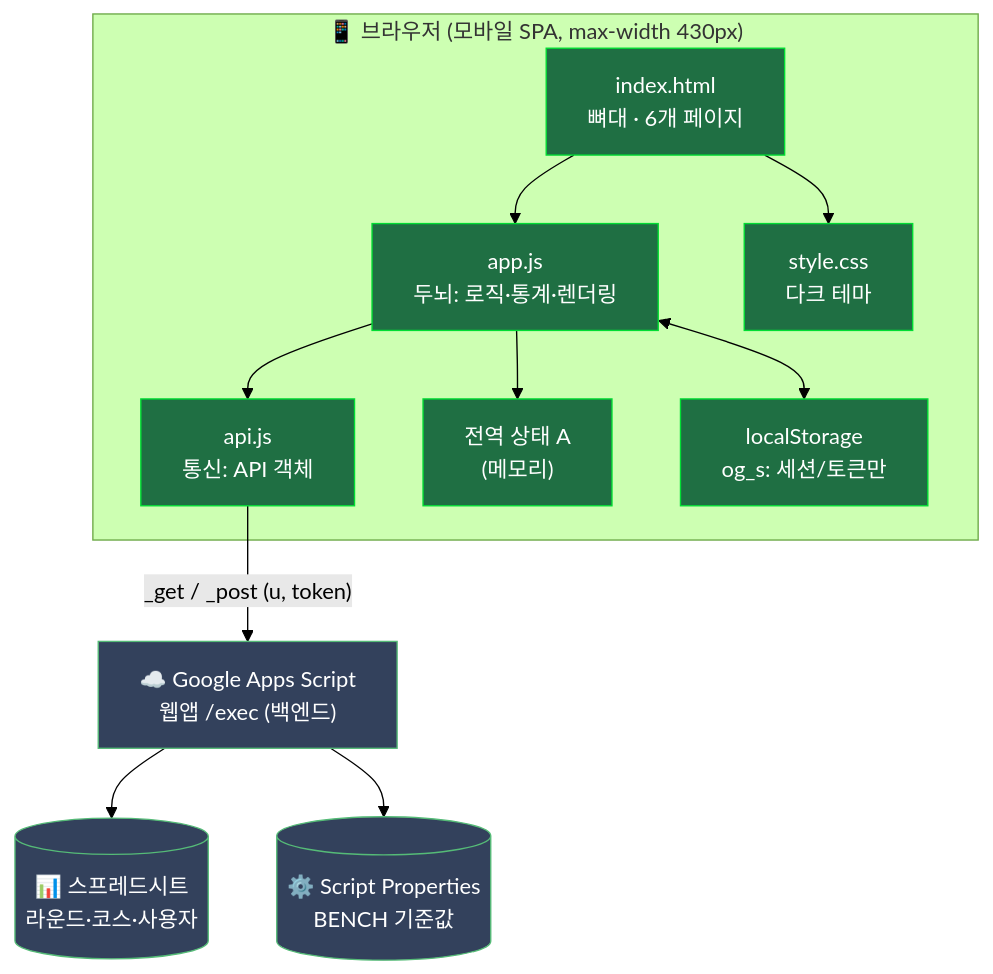
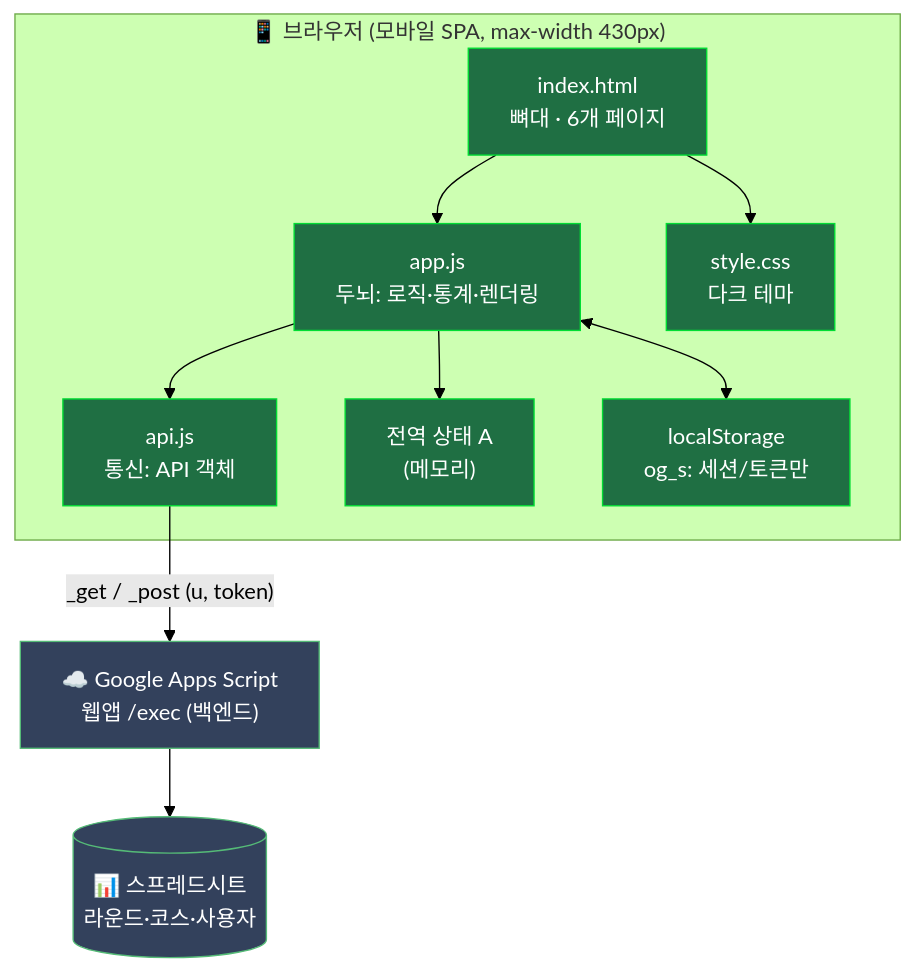
Before and after one commit to jaehkjang/ongreen: the first of 4 diagrams in README.md, drawn with Mermaid (forest theme). The commit also changed other lines of this file and 6 other files, not shown here.

````diff
--- a/README.md
+++ b/README.md
@@ -52,30 +49,28 @@
 ```mermaid
 graph TD
     subgraph Browser["📱 브라우저 (모바일 SPA, max-width 430px)"]
         HTML["index.html<br/>뼈대 · 6개 페이지"]
         APP["app.js<br/>두뇌: 로직·통계·렌더링"]
         API["api.js<br/>통신: API 객체"]
         CSS["style.css<br/>다크 테마"]
         STATE["전역 상태 A<br/>(메모리)"]
         LS["localStorage<br/>og_s: 세션/토큰만"]
 
         HTML --> APP
         HTML --> CSS
         APP --> STATE
         APP --> API
         APP <--> LS
     end
 
     GAS["☁️ Google Apps Script<br/>웹앱 /exec (백엔드)"]
     SHEET[("📊 스프레드시트<br/>라운드·코스·사용자")]
-    PROPS[("⚙️ Script Properties<br/>BENCH 기준값")]
 
     API -- "_get / _post (u, token)" --> GAS
     GAS --> SHEET
-    GAS --> PROPS
 
     classDef front fill:#1f6f43,stroke:#0d3,color:#fff
     classDef back fill:#33415c,stroke:#5b7,color:#fff
     class HTML,APP,API,CSS,STATE,LS front
-    class GAS,SHEET,PROPS back
+    class GAS,SHEET back
 ```
````
